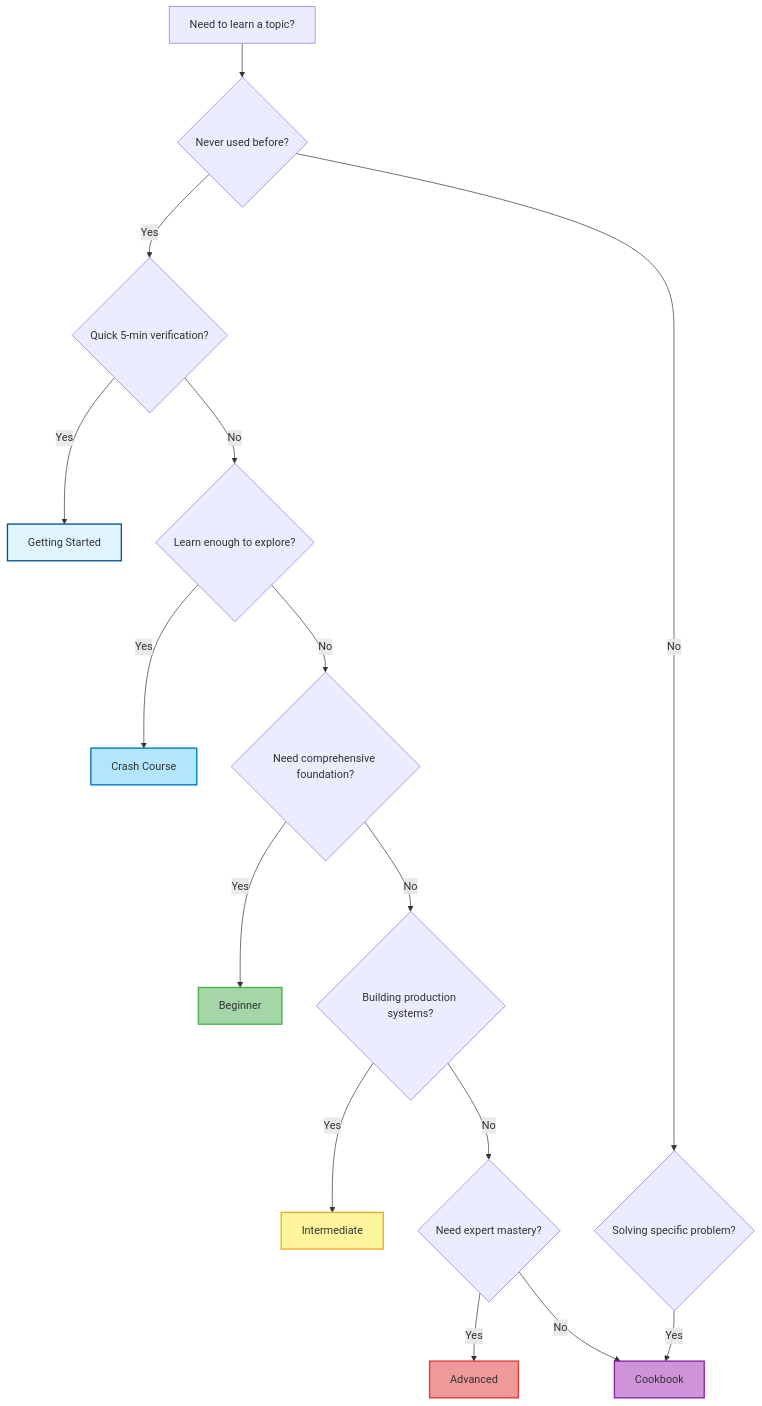
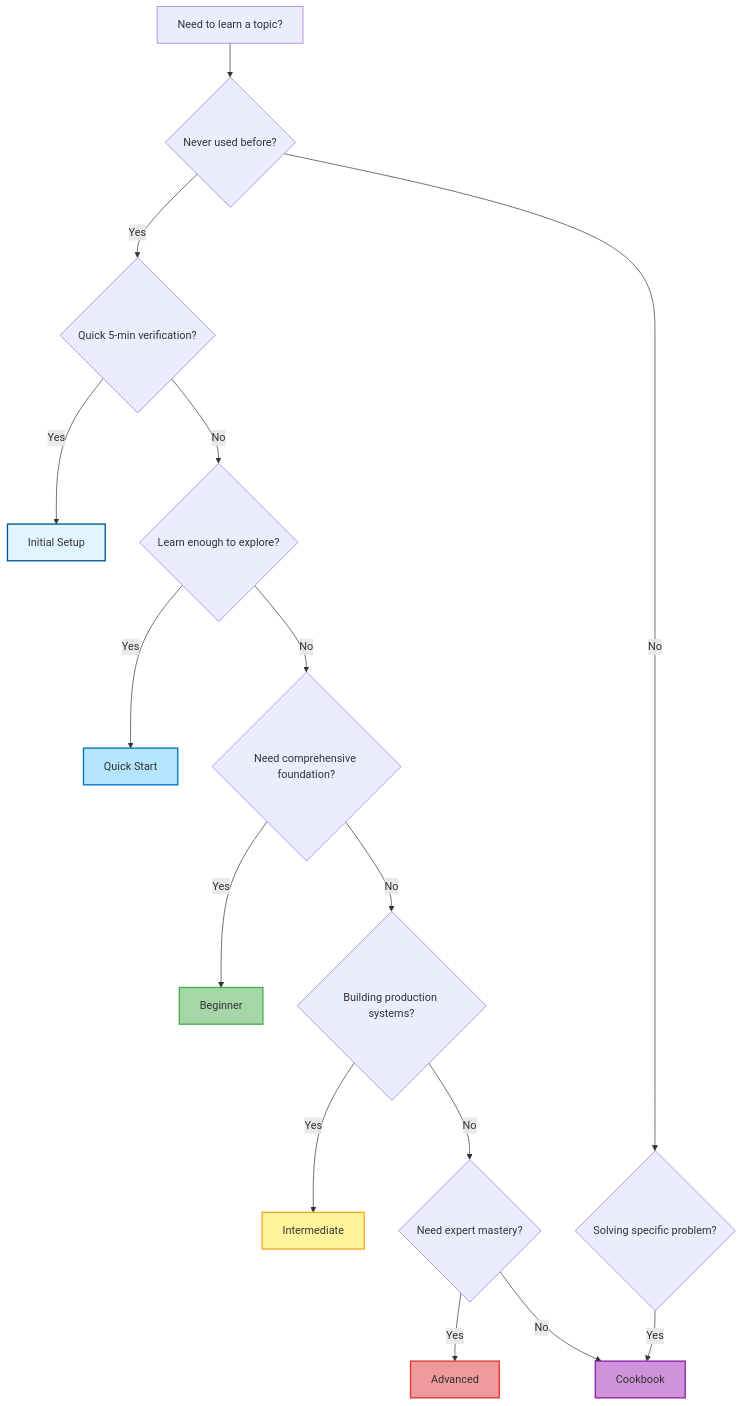
Before and after one commit to wahidyankf/open-sharia-enterprise: the second of 2 diagrams in docs/explanation/conventions/ex-co__tutorial-naming.md, drawn with Mermaid. The commit also changed other lines of this file and 10 other files, not shown here.

First line of the commit message:
refactor(conventions): rename tutorial types to Initial Setup and Quick Start

````diff
--- a/docs/explanation/conventions/ex-co__tutorial-naming.md
+++ b/docs/explanation/conventions/ex-co__tutorial-naming.md
@@ -287,39 +292,39 @@
 ```mermaid
 graph TB
 	START[Need to learn a topic?]
 	Q1{Never used before?}
 	Q2{Quick 5-min verification?}
 	Q3{Learn enough to explore?}
 	Q4{Need comprehensive foundation?}
 	Q5{Building production systems?}
 	Q6{Need expert mastery?}
 	Q7{Solving specific problem?}
 
 	START --> Q1
 	Q1 -->|Yes| Q2
 	Q1 -->|No| Q7
 
-	Q2 -->|Yes| GS[Getting Started]
+	Q2 -->|Yes| IS[Initial Setup]
 	Q2 -->|No| Q3
 
-	Q3 -->|Yes| CC[Crash Course]
+	Q3 -->|Yes| QS[Quick Start]
 	Q3 -->|No| Q4
 
 	Q4 -->|Yes| BEG[Beginner]
 	Q4 -->|No| Q5
 
 	Q5 -->|Yes| INT[Intermediate]
 	Q5 -->|No| Q6
 
 	Q6 -->|Yes| ADV[Advanced]
 	Q6 -->|No| CB[Cookbook]
 
 	Q7 -->|Yes| CB
 
-	style GS fill:#e1f5fe,stroke:#01579b,stroke-width:2px
-	style CC fill:#b3e5fc,stroke:#0277bd,stroke-width:2px
+	style IS fill:#e1f5fe,stroke:#01579b,stroke-width:2px
+	style QS fill:#b3e5fc,stroke:#0277bd,stroke-width:2px
 	style BEG fill:#a5d6a7,stroke:#4caf50,stroke-width:2px
 	style INT fill:#fff59d,stroke:#f9a825,stroke-width:2px
 	style ADV fill:#ef9a9a,stroke:#e53935,stroke-width:2px
 	style CB fill:#ce93d8,stroke:#8e24aa,stroke-width:2px
 ```
````
